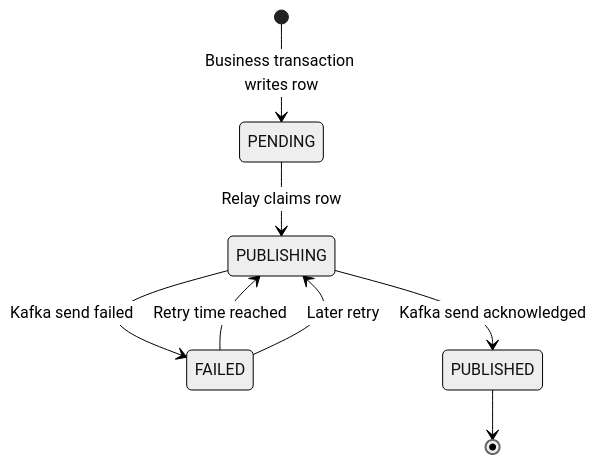
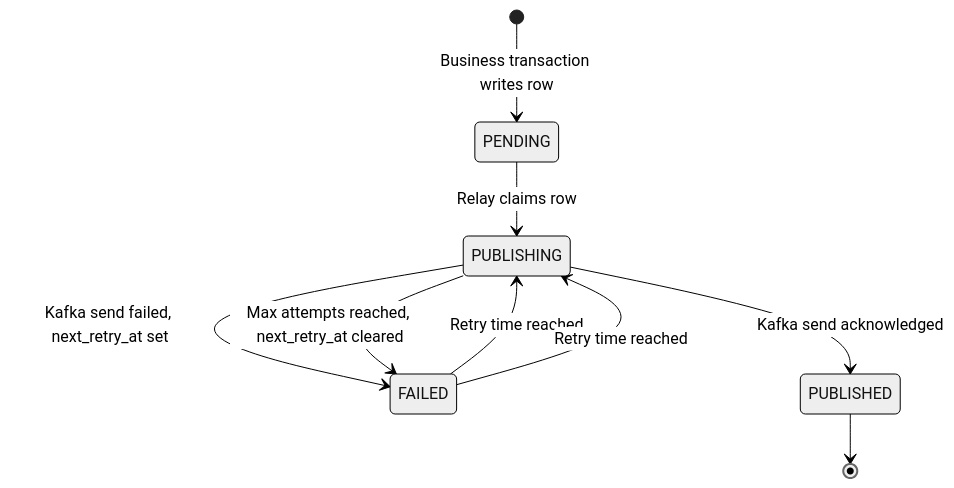
One commit to k4vrin/PaymentRiskPlatform changed the third of 3 diagrams in docs/phase-6-messaging-and-event-apis.md. Above: the diagram before and after it, drawn with Mermaid (neutral theme). The commit also changed other lines of this file and 22 other files, not shown here.

````diff
--- a/docs/phase-6-messaging-and-event-apis.md
+++ b/docs/phase-6-messaging-and-event-apis.md
@@ -88,10 +91,11 @@
 ```mermaid
 stateDiagram-v2
     [*] --> PENDING: Business transaction writes row
     PENDING --> PUBLISHING: Relay claims row
     FAILED --> PUBLISHING: Retry time reached
     PUBLISHING --> PUBLISHED: Kafka send acknowledged
-    PUBLISHING --> FAILED: Kafka send failed
-    FAILED --> PUBLISHING: Later retry
+    PUBLISHING --> FAILED: Kafka send failed, next_retry_at set
+    PUBLISHING --> FAILED: Max attempts reached, next_retry_at cleared
+    FAILED --> PUBLISHING: Retry time reached
     PUBLISHED --> [*]
 ```
````
